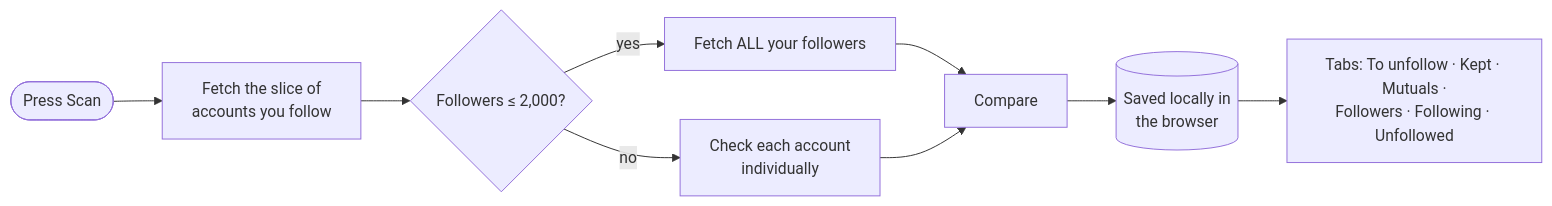
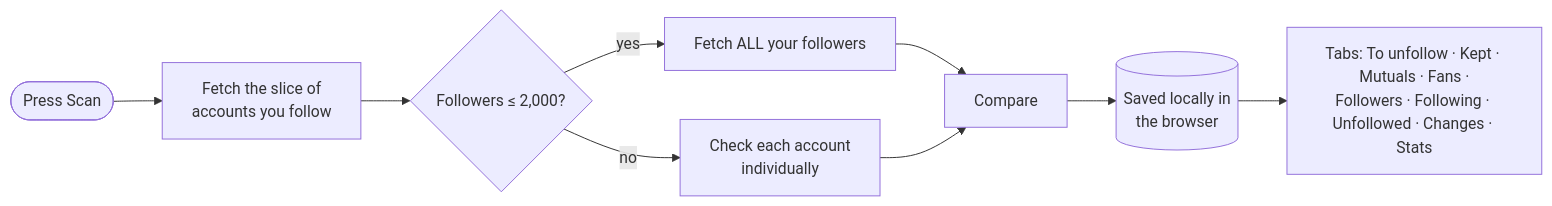
Before and after one commit to AshutoshSajan/unfollow-guard-extension: the first of 2 diagrams in README.md, drawn with Mermaid. The commit also changed other lines of this file and 32 other files, not shown here.

Commit message:
feat: stats dashboard with charts, CSV export, kept backup/import, jsdom tests, real screenshots (v1.6.0)

````diff
--- a/README.md
+++ b/README.md
@@ -120,11 +144,11 @@
 ```mermaid
 flowchart LR
     A([Press Scan]) --> B[Fetch the slice of<br/>accounts you follow]
     B --> C{Followers ≤ 2,000?}
     C -- yes --> D[Fetch ALL your followers]
     C -- no --> E[Check each account<br/>individually]
     D --> F[Compare]
     E --> F
     F --> G[(Saved locally in<br/>the browser)]
-    G --> H[Tabs: To unfollow · Kept · Mutuals ·<br/>Followers · Following · Unfollowed]
+    G --> H[Tabs: To unfollow · Kept · Mutuals · Fans ·<br/>Followers · Following · Unfollowed · Changes · Stats]
 ```
````
